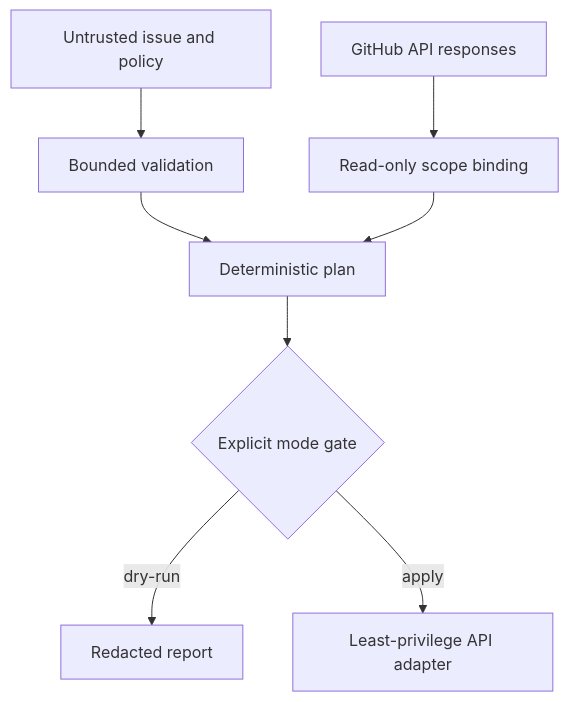
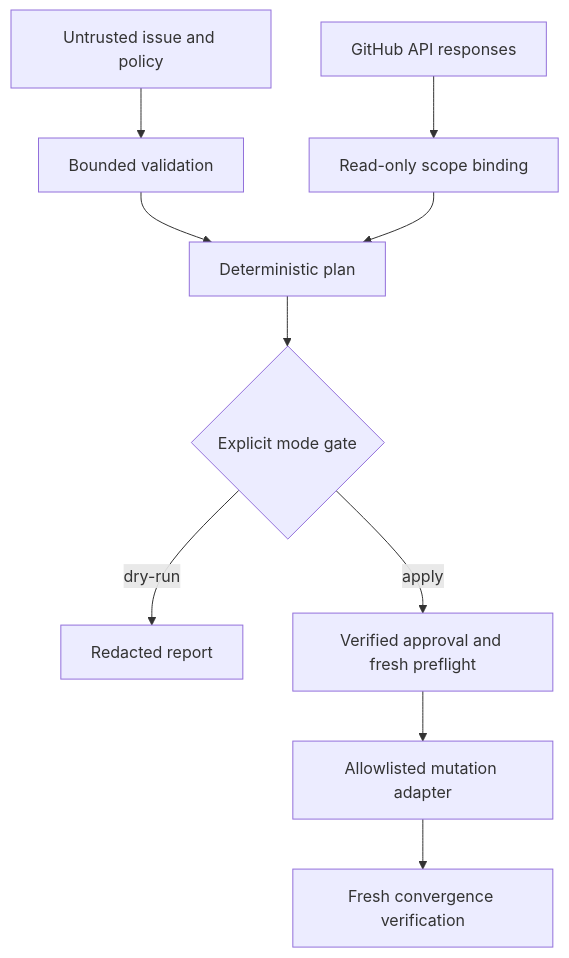
One commit to nomed/yukh-projects changed the diagram in docs/security/threat-model.md. Above: the diagram before and after it, drawn with Mermaid. The commit also changed other lines of this file and 3 other files, not shown here.

```diff
--- a/docs/security/threat-model.md
+++ b/docs/security/threat-model.md
@@ -20,10 +20,12 @@
 ~~~mermaid
 flowchart TB
     U["Untrusted issue and policy"] --> V["Bounded validation"]
     V --> P["Deterministic plan"]
     H["GitHub API responses"] --> B["Read-only scope binding"]
     B --> P
     P --> G{"Explicit mode gate"}
     G -->|dry-run| R["Redacted report"]
-    G -->|apply| A["Least-privilege API adapter"]
+    G -->|apply| Q["Verified approval and fresh preflight"]
+    Q --> A["Allowlisted mutation adapter"]
+    A --> Z["Fresh convergence verification"]
 ~~~
```
